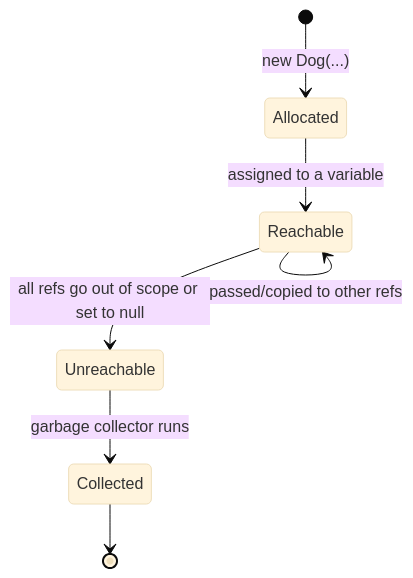
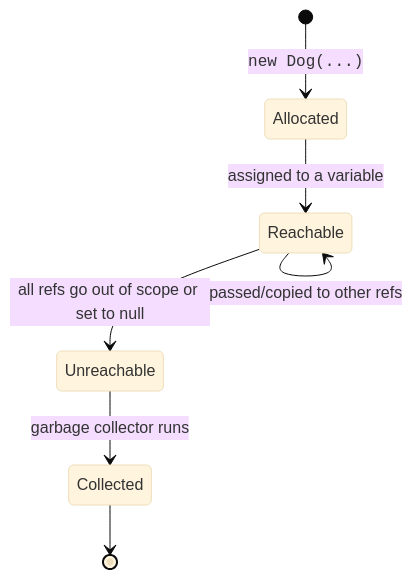
The sixth of 7 diagrams in content/courses/oop-blueprint-java/objects-in-memory.mdx (dataslope/dataslope), drawn with Mermaid (base theme) before and after one commit. The commit also changed other lines of this file and 65 other files, not shown here.

First line of the commit message:
Set code in every mermaid label in the mono face

````diff
--- a/content/courses/oop-blueprint-java/objects-in-memory.mdx
+++ b/content/courses/oop-blueprint-java/objects-in-memory.mdx
@@ -307,9 +307,9 @@
 ```mermaid
 stateDiagram-v2
-    [*] --> Allocated: new Dog(...)
+    [*] --> Allocated: <code>new Dog(...)</code>
     Allocated --> Reachable: assigned to a variable
     Reachable --> Reachable: passed/copied to other refs
     Reachable --> Unreachable: all refs go out of scope or set to null
     Unreachable --> Collected: garbage collector runs
     Collected --> [*]
 ```
````
